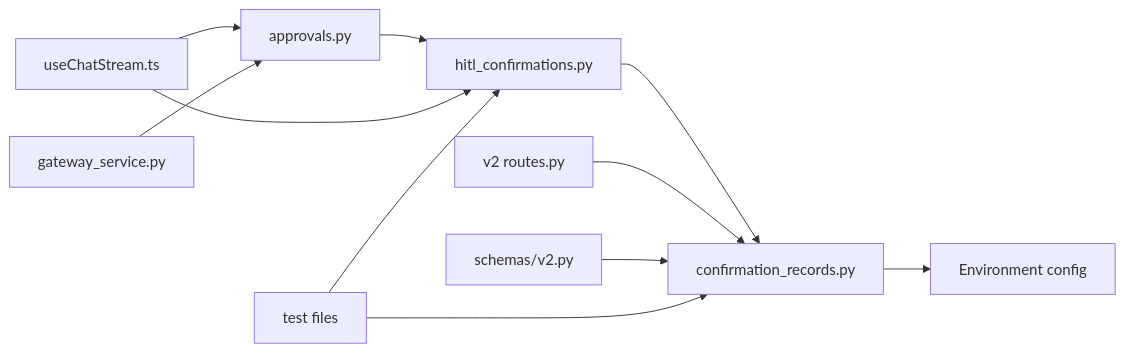
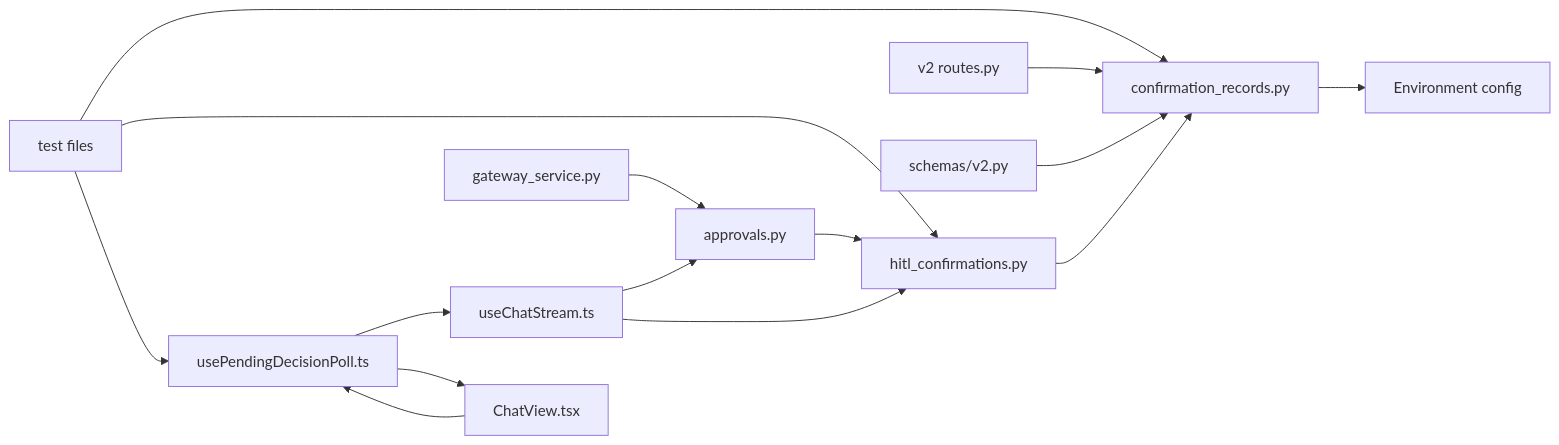
Before and after one commit to metasync/luban-aiops: the eighth of 8 diagrams in .qoder/repowiki/en/content/Architecture Documentation/SPEC-031_ Approval Inbox and Persistent Confirmation Cards.md, drawn with Mermaid. The commit also changed other lines of this file and 18 other files, not shown here.

````diff
--- a/.qoder/repowiki/en/content/Architecture Documentation/SPEC-031_ Approval Inbox and Persistent Confirmation Cards.md
+++ b/.qoder/repowiki/en/content/Architecture Documentation/SPEC-031_ Approval Inbox and Persistent Confirmation Cards.md
@@ -307,13 +383,17 @@
 ```mermaid
 graph LR
 CR["confirmation_records.py"] --> ENV["Environment config"]
 HITL["hitl_confirmations.py"] --> CR
 APPR["approvals.py"] --> HITL
 STREAM["useChatStream.ts"] --> APPR
 STREAM --> HITL
+POLL["usePendingDecisionPoll.ts"] --> STREAM
+POLL --> CHATVIEW["ChatView.tsx"]
+CHATVIEW --> POLL
 V2["v2 routes.py"] --> CR
 SCHEMA["schemas/v2.py"] --> CR
 GSVC["gateway_service.py"] --> APPR
 TESTS["test files"] --> CR
 TESTS --> HITL
+TESTS --> POLL
 ```
````
